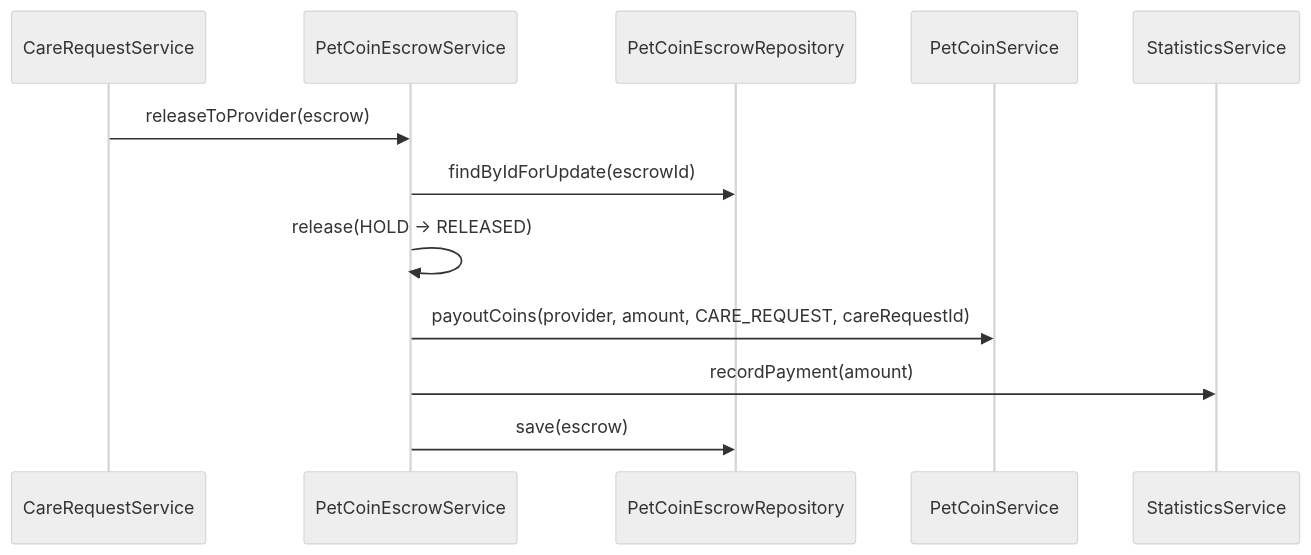
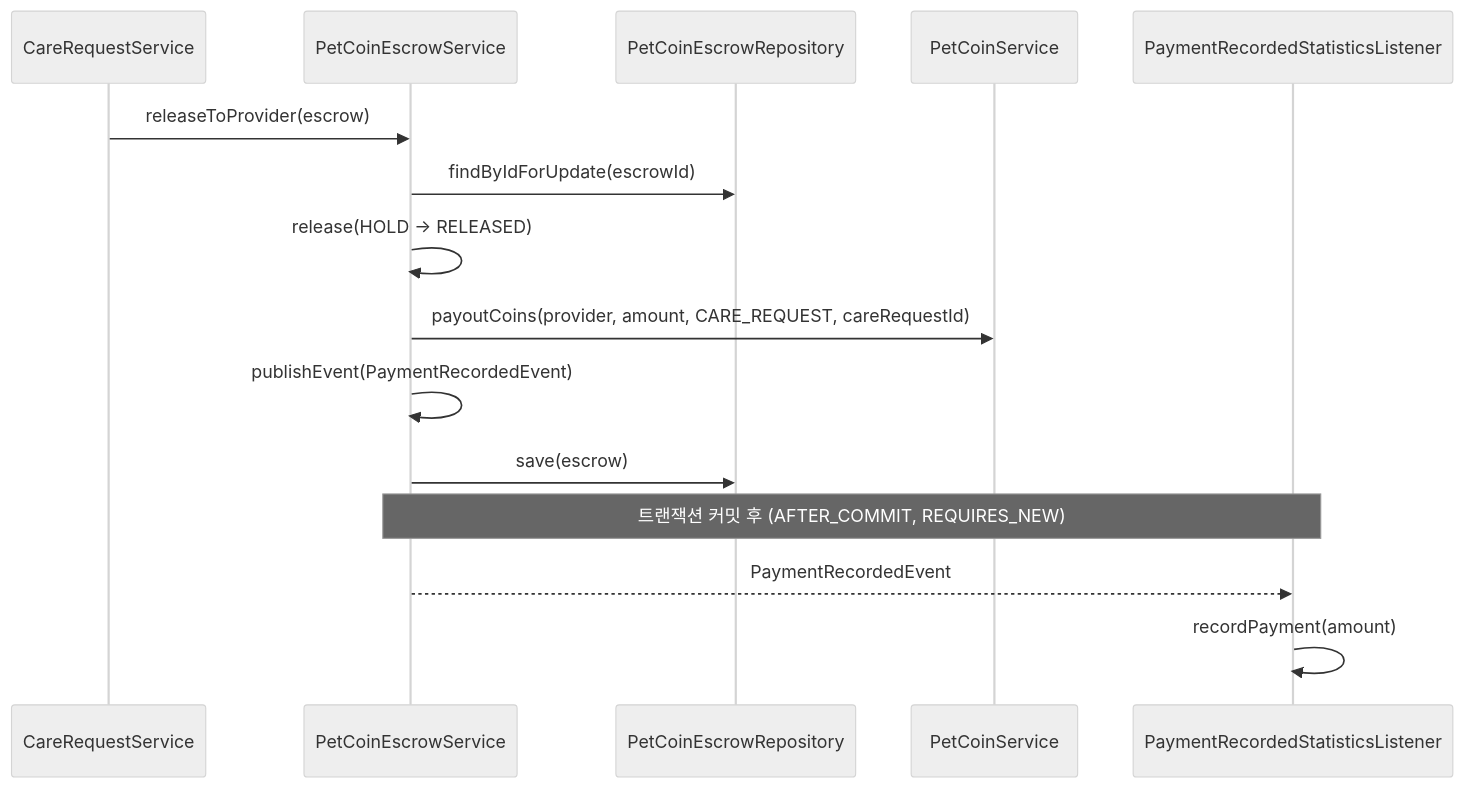
The fourth of 6 diagrams in docs/architecture/payment/펫코인 결제 아키텍처.md (makkong1/Petory), drawn with Mermaid (neutral theme) before and after one commit. The commit also changed other lines of this file and 11 other files, not shown here.

````diff
--- a/docs/architecture/payment/펫코인 결제 아키텍처.md
+++ b/docs/architecture/payment/펫코인 결제 아키텍처.md
@@ -143,15 +143,18 @@
 ```mermaid
 sequenceDiagram
     participant Care as CareRequestService
     participant Escrow as PetCoinEscrowService
     participant ER as PetCoinEscrowRepository
     participant Coin as PetCoinService
-    participant Stat as StatisticsService
+    participant Stat as PaymentRecordedStatisticsListener
 
     Care->>Escrow: releaseToProvider(escrow)
     Escrow->>ER: findByIdForUpdate(escrowId)
     Escrow->>Escrow: release(HOLD -> RELEASED)
     Escrow->>Coin: payoutCoins(provider, amount, CARE_REQUEST, careRequestId)
-    Escrow->>Stat: recordPayment(amount)
+    Escrow->>Escrow: publishEvent(PaymentRecordedEvent)
     Escrow->>ER: save(escrow)
+    Note over Escrow,Stat: 트랜잭션 커밋 후 (AFTER_COMMIT, REQUIRES_NEW)
+    Escrow-->>Stat: PaymentRecordedEvent
+    Stat->>Stat: recordPayment(amount)
 ```
````
